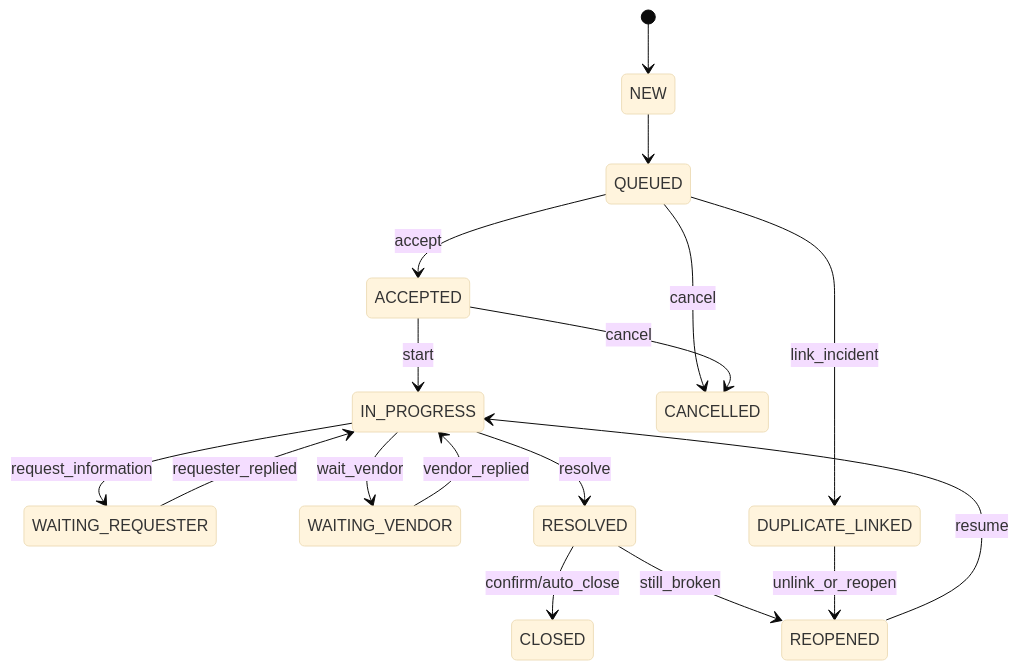
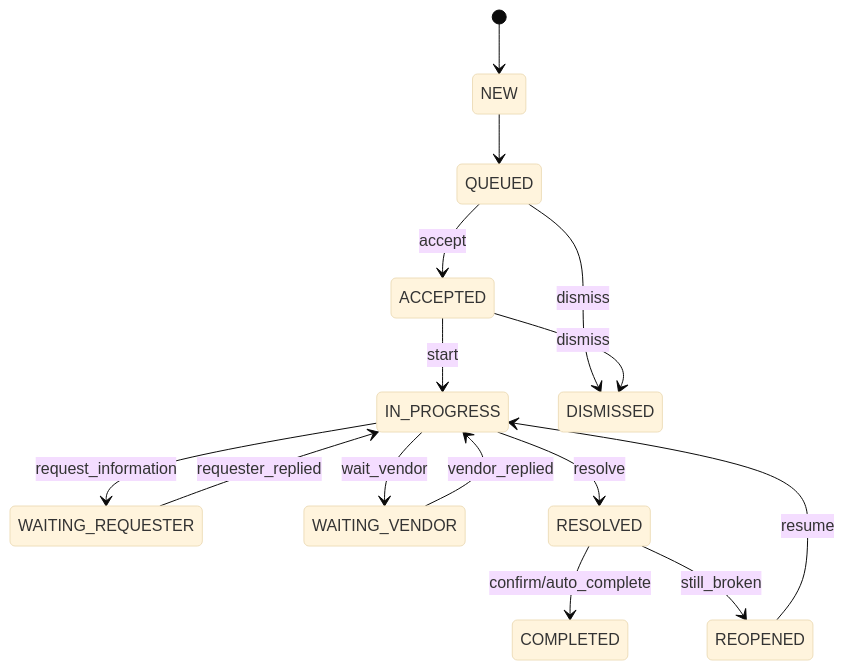
The diagram in architecture/ticket_state_machine.mmd (peterkis/Fault-Reporting-WeCom-Assistant), drawn with Mermaid (base theme) before and after one commit. The commit also changed 287 other files, not shown here.

First line of the commit message:
feat(32C-D): 拆分「完成」与「关闭」：COMPLETED / DISMISSED、migration 072

```diff
--- a/architecture/ticket_state_machine.mmd
+++ b/architecture/ticket_state_machine.mmd
@@ -1,17 +1,15 @@
 stateDiagram-v2
     [*] --> NEW
     NEW --> QUEUED
     QUEUED --> ACCEPTED: accept
     ACCEPTED --> IN_PROGRESS: start
     IN_PROGRESS --> WAITING_REQUESTER: request_information
     WAITING_REQUESTER --> IN_PROGRESS: requester_replied
     IN_PROGRESS --> WAITING_VENDOR: wait_vendor
     WAITING_VENDOR --> IN_PROGRESS: vendor_replied
     IN_PROGRESS --> RESOLVED: resolve
-    RESOLVED --> CLOSED: confirm/auto_close
+    RESOLVED --> COMPLETED: confirm/auto_complete
     RESOLVED --> REOPENED: still_broken
     REOPENED --> IN_PROGRESS: resume
-    QUEUED --> CANCELLED: cancel
-    ACCEPTED --> CANCELLED: cancel
-    QUEUED --> DUPLICATE_LINKED: link_incident
-    DUPLICATE_LINKED --> REOPENED: unlink_or_reopen
+    QUEUED --> DISMISSED: dismiss
+    ACCEPTED --> DISMISSED: dismiss
```
